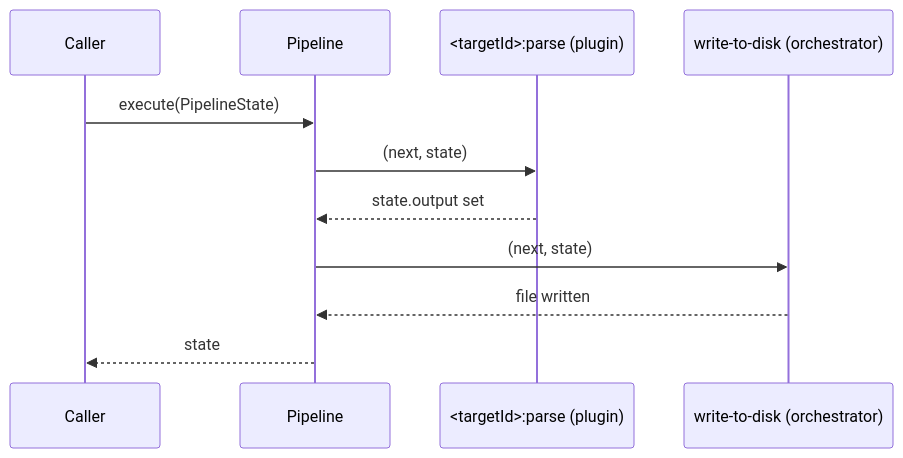
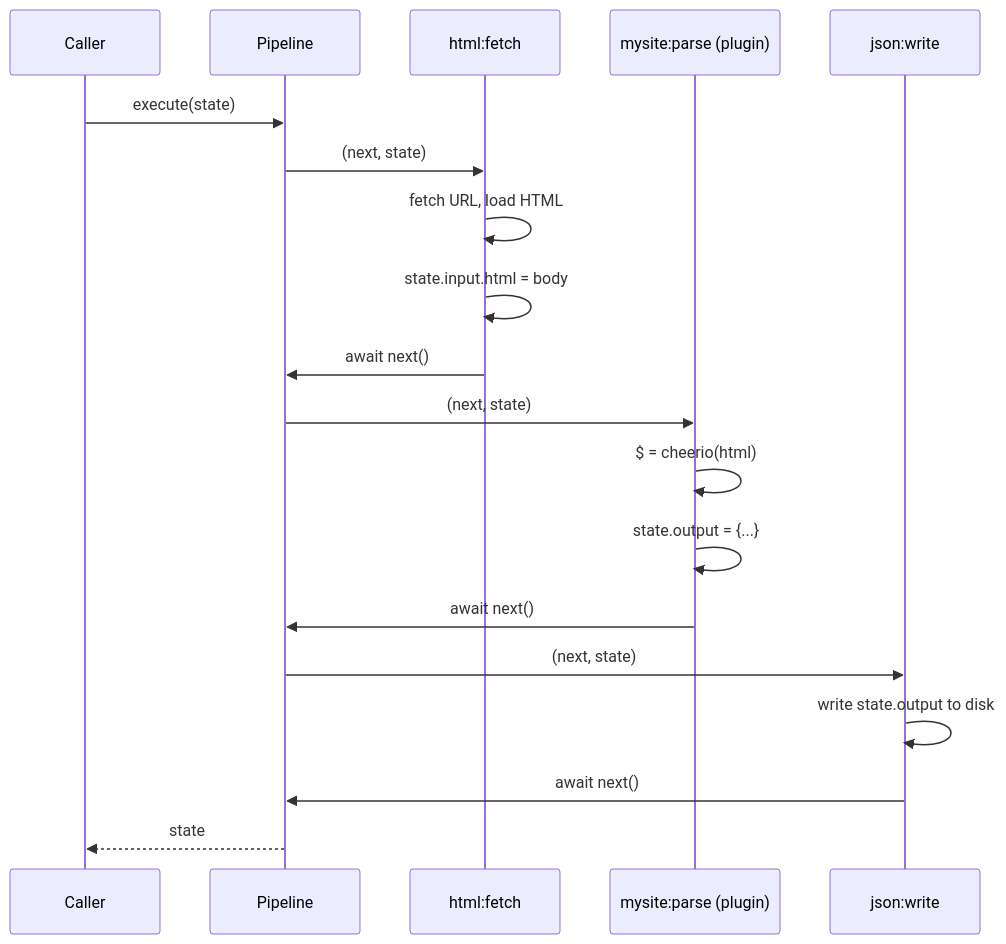
Before and after one commit to Studnicky/PathRipper: the second of 3 diagrams in docs/architecture.md, drawn with Mermaid. The commit also changed other lines of this file and 11 other files, not shown here.

````diff
--- a/docs/architecture.md
+++ b/docs/architecture.md
@@ -39,14 +45,22 @@
 ```mermaid
 sequenceDiagram
     participant Caller
     participant Pipeline
-    participant ParseTask as <targetId>:parse (plugin)
-    participant WriteTask as write-to-disk (orchestrator)
+    participant FetchTask as html:fetch
+    participant ParseTask as mysite:parse (plugin)
+    participant WriteTask as json:write
 
-    Caller->>Pipeline: execute(PipelineState)
+    Caller->>Pipeline: execute(state)
+    Pipeline->>FetchTask: (next, state)
+    FetchTask->>FetchTask: fetch URL, load HTML
+    FetchTask->>FetchTask: state.input.html = body
+    FetchTask->>Pipeline: await next()
     Pipeline->>ParseTask: (next, state)
-    ParseTask-->>Pipeline: state.output set
+    ParseTask->>ParseTask: $ = cheerio(html)
+    ParseTask->>ParseTask: state.output = {...}
+    ParseTask->>Pipeline: await next()
     Pipeline->>WriteTask: (next, state)
-    WriteTask-->>Pipeline: file written
+    WriteTask->>WriteTask: write state.output to disk
+    WriteTask->>Pipeline: await next()
     Pipeline-->>Caller: state
 ```
````
